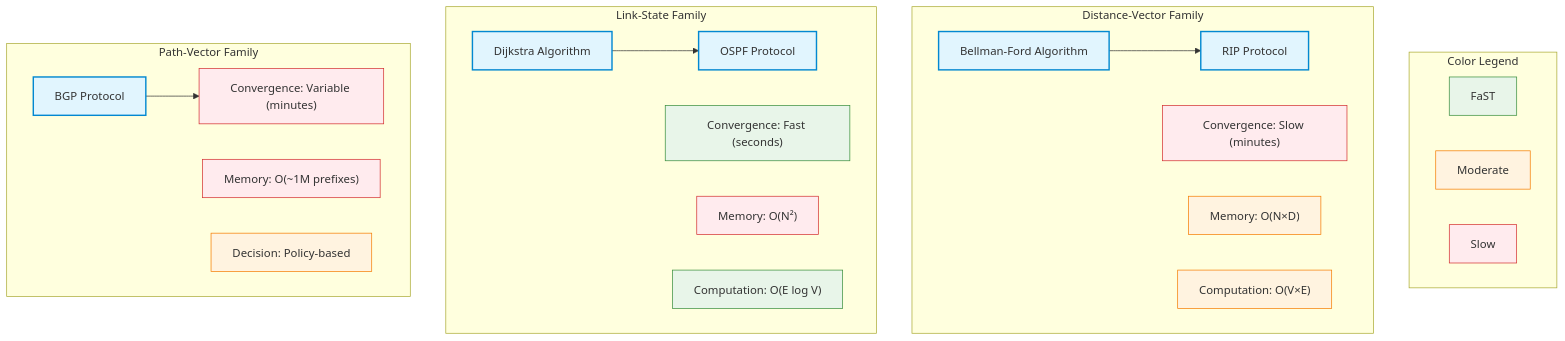
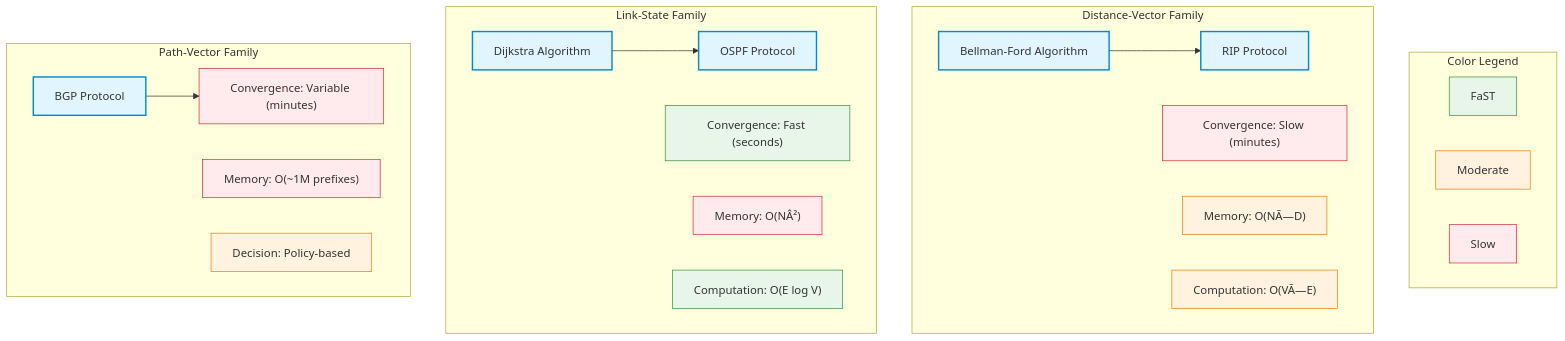
Before and after one commit to Raushan666java/ai-engineering-journey: the second of 2 diagrams in docs/courses/computer-networks/07-routing.md, drawn with Mermaid. The commit also changed other lines of this file and 735 other files, not shown here.

````diff
--- a/docs/courses/computer-networks/07-routing.md
+++ b/docs/courses/computer-networks/07-routing.md
@@ -67,40 +67,40 @@
 ```mermaid
 graph TB
     subgraph Legend["Color Legend"]
         L1[FaST]:::fast
         L2[Moderate]:::mod
         L3[Slow]:::slow
     end
 
     subgraph DV["Distance-Vector Family"]
         BF[Bellman-Ford Algorithm]:::algo
         RIP[RIP Protocol]:::algo
         DV1["Convergence: Slow (minutes)"]:::slow
-        DV2["Memory: O(N×D)"]:::mod
-        DV3["Computation: O(V×E)"]:::mod
+        DV2["Memory: O(NÃ—D)"]:::mod
+        DV3["Computation: O(VÃ—E)"]:::mod
     end
 
     subgraph LS["Link-State Family"]
         DJ[Dijkstra Algorithm]:::algo
         OSPF[OSPF Protocol]:::algo
         LS1["Convergence: Fast (seconds)"]:::fast
-        LS2["Memory: O(N²)"]:::slow
+        LS2["Memory: O(NÂ²)"]:::slow
         LS3["Computation: O(E log V)"]:::fast
     end
 
     subgraph PV["Path-Vector Family"]
         BGP[BGP Protocol]:::algo
         PV1["Convergence: Variable (minutes)"]:::slow
         PV2["Memory: O(~1M prefixes)"]:::slow
         PV3["Decision: Policy-based"]:::mod
     end
 
     BF --> RIP
     DJ --> OSPF
     BGP --> PV1
 
     classDef algo fill:#e1f5fe,stroke:#0288d1,stroke-width:2px
     classDef fast fill:#e8f5e9,stroke:#388e3c
     classDef mod fill:#fff3e0,stroke:#f57c00
     classDef slow fill:#ffebee,stroke:#d32f2f
 ```
````
